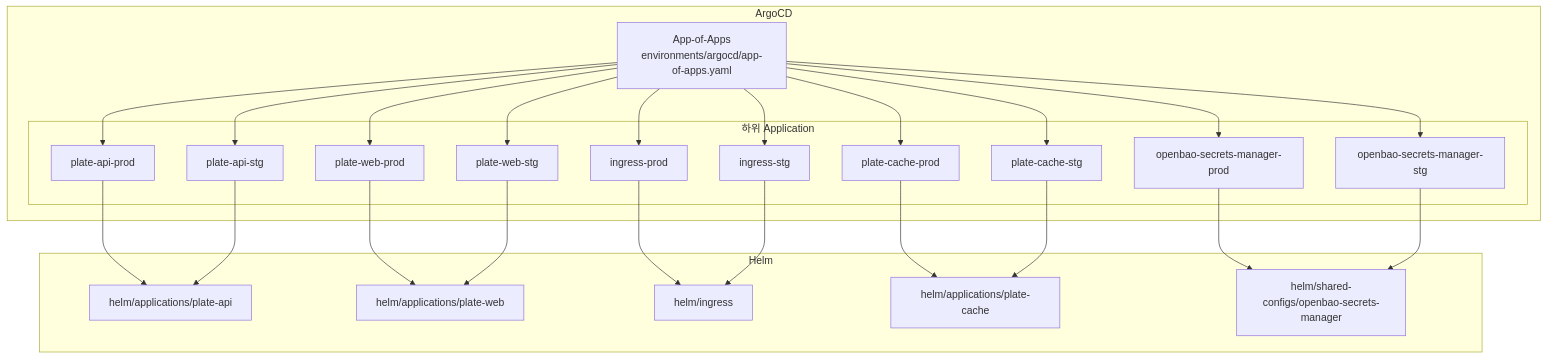
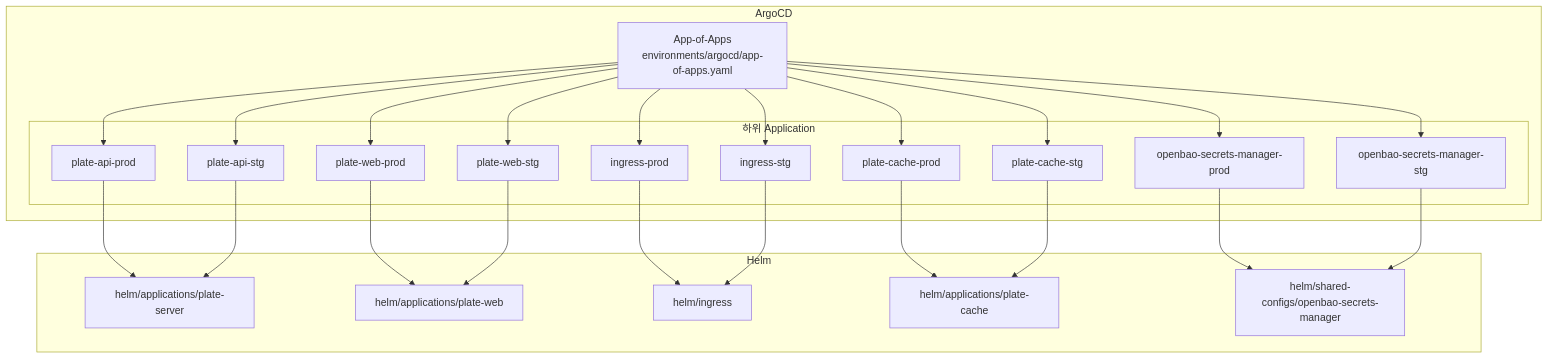
Before and after one commit to kimjoongwon/prj-devops: the first of 4 diagrams in .qoder/repowiki/ko/content/기술 아키텍처/설계 패턴/설계 패턴.md, drawn with Mermaid. The commit also changed other lines of this file and 60 other files, not shown here.

First line of the commit message:
docs(helm): plate-api 관련 문서의 Helm 경로를 plate-server로 변경

````diff
--- a/.qoder/repowiki/ko/content/기술 아키텍처/설계 패턴/설계 패턴.md
+++ b/.qoder/repowiki/ko/content/기술 아키텍처/설계 패턴/설계 패턴.md
@@ -43,45 +43,45 @@
 ```mermaid
 graph TB
 subgraph "ArgoCD"
 AO["App-of-Apps<br/>environments/argocd/app-of-apps.yaml"]
 subgraph "하위 Application"
 AP["plate-api-prod"]
 AW["plate-web-prod"]
 IN["ingress-prod"]
 PC["plate-cache-prod"]
 OS["openbao-secrets-manager-prod"]
 ASTG["plate-api-stg"]
 WSTG["plate-web-stg"]
 INSTG["ingress-stg"]
 PCSTG["plate-cache-stg"]
 OSS["openbao-secrets-manager-stg"]
 end
 end
 subgraph "Helm"
-HAP["helm/applications/plate-api"]
+HAP["helm/applications/plate-server"]
 HAW["helm/applications/plate-web"]
 HIN["helm/ingress"]
 HPC["helm/applications/plate-cache"]
 HOS["helm/shared-configs/openbao-secrets-manager"]
 end
 AO --> AP
 AO --> AW
 AO --> IN
 AO --> PC
 AO --> OS
 AO --> ASTG
 AO --> WSTG
 AO --> INSTG
 AO --> PCSTG
 AO --> OSS
 AP --> HAP
 AW --> HAW
 IN --> HIN
 PC --> HPC
 OS --> HOS
 ASTG --> HAP
 WSTG --> HAW
 INSTG --> HIN
 PCSTG --> HPC
 OSS --> HOS
 ```
````
